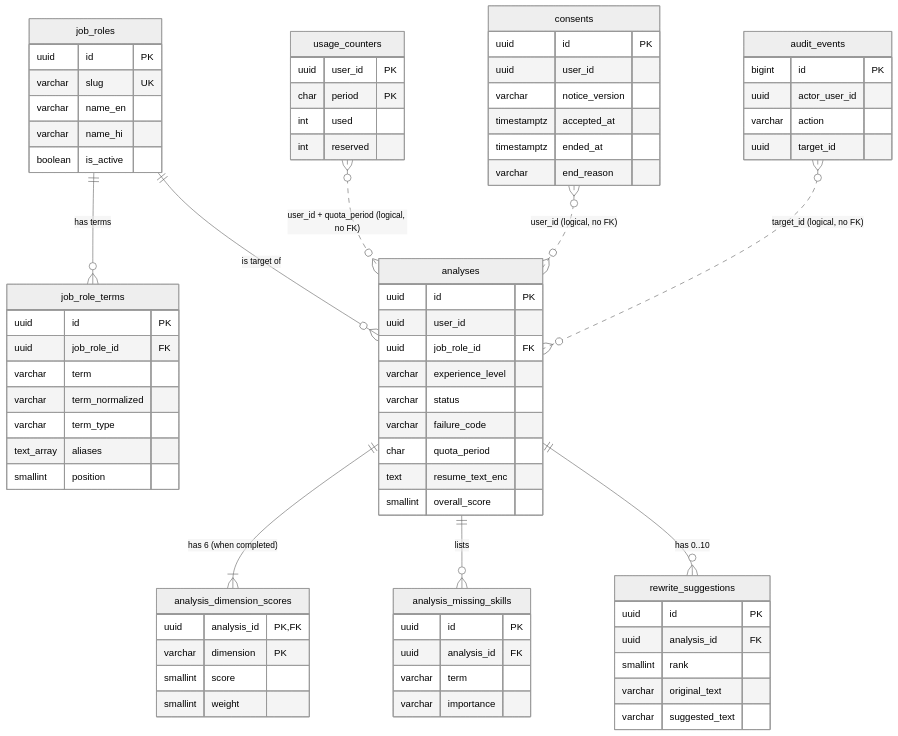
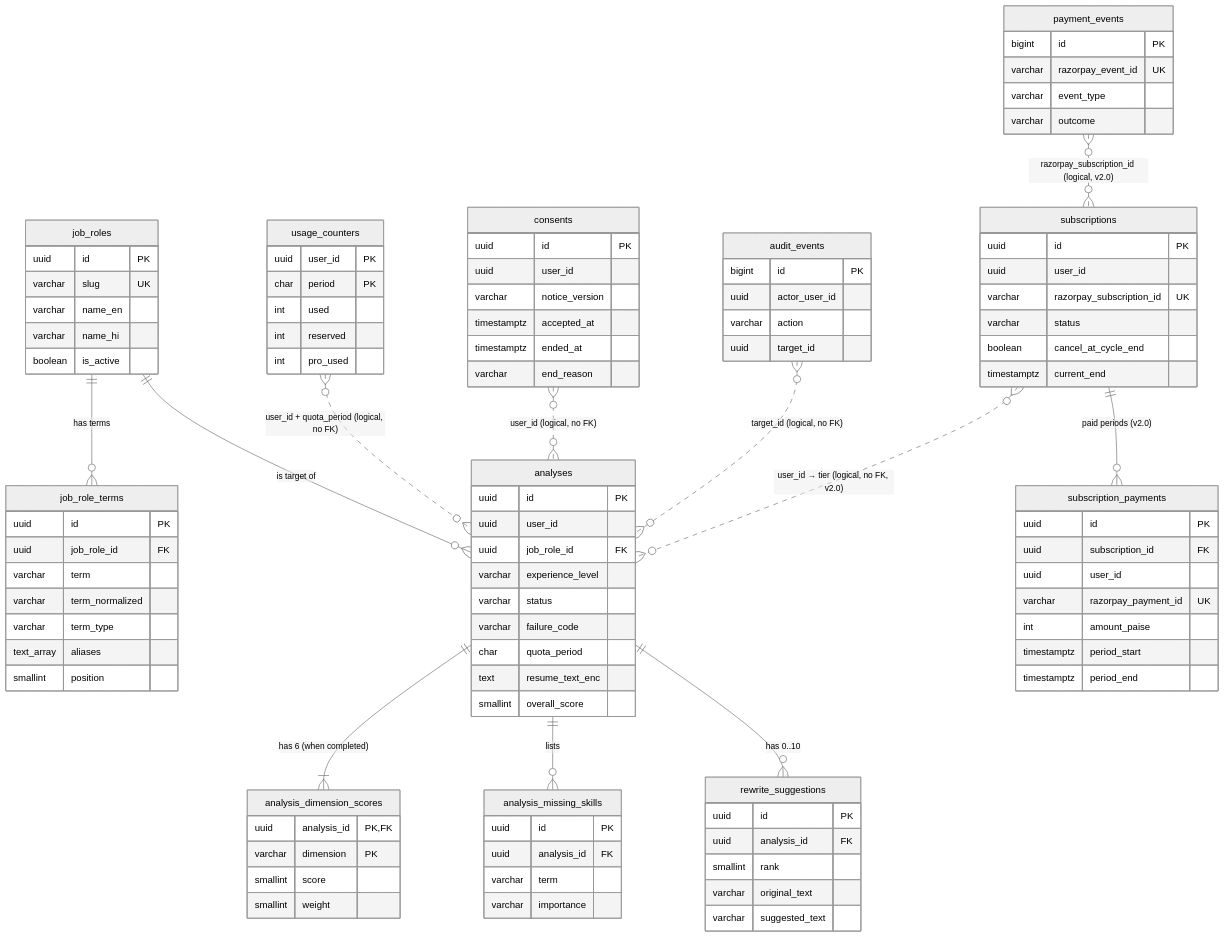
One commit to divii-school/spec-homework changed diagram 13 of 13 in kakali/spec.md. Above: the diagram before and after it, drawn with Mermaid (neutral theme). The commit also changed other lines of this file, not shown here.

First line of the commit message:
round 2: DB for Resume Pro (subscriptions, subscription_payments, payment_events; pro_used, tier check, audit actions, indexes, delete rules)

```diff
--- a/kakali/spec.md
+++ b/kakali/spec.md
@@ -1214,6 +1214,9 @@
   usage_counters }o..o{ analyses : "user_id + quota_period (logical, no FK)"
   consents }o..o{ analyses : "user_id (logical, no FK)"
   audit_events }o..o{ analyses : "target_id (logical, no FK)"
+  subscriptions ||--o{ subscription_payments : "paid periods (v2.0)"
+  subscriptions }o..o{ analyses : "user_id → tier (logical, no FK, v2.0)"
+  payment_events }o..o{ subscriptions : "razorpay_subscription_id (logical, v2.0)"
 
   job_roles {
     uuid id PK
@@ -1274,6 +1277,30 @@
     char period PK
     int used
     int reserved
+    int pro_used
+  }
+  subscriptions {
+    uuid id PK
+    uuid user_id
+    varchar razorpay_subscription_id UK
+    varchar status
+    boolean cancel_at_cycle_end
+    timestamptz current_end
+  }
+  subscription_payments {
+    uuid id PK
+    uuid subscription_id FK
+    uuid user_id
+    varchar razorpay_payment_id UK
+    int amount_paise
+    timestamptz period_start
+    timestamptz period_end
+  }
+  payment_events {
+    bigint id PK
+    varchar razorpay_event_id UK
+    varchar event_type
+    varchar outcome
   }
   audit_events {
     bigint id PK
```
